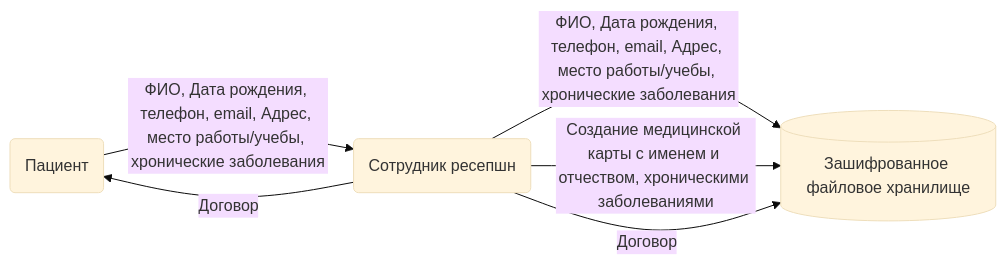
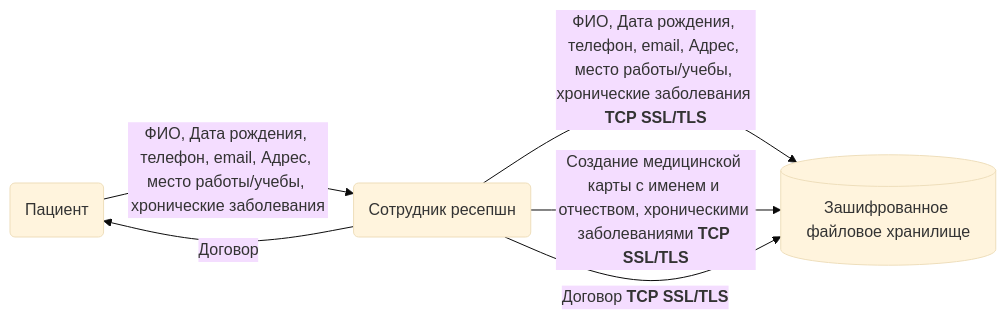
One commit to notnullptr-gh/architechture-sprint-10 changed the first of 5 diagrams in Task1/security-measures.md. Above: the diagram before and after it, drawn with Mermaid (base theme). The commit also changed other lines of this file and 1 other file, not shown here.

````diff
--- a/Task1/security-measures.md
+++ b/Task1/security-measures.md
@@ -3,11 +10,11 @@
 ```mermaid
 graph LR
     Customer(Пациент) 
     Employe(Сотрудник ресепшн)
     DB[(Зашифрованное файловое хранилище)]
     Customer --> |ФИО, Дата рождения, телефон, email, Адрес, место работы/учебы, хронические заболевания| Employe
-    Employe --> |ФИО, Дата рождения, телефон, email, Адрес, место работы/учебы, хронические заболевания| DB
-    Employe --> |Создание медицинской карты с именем и отчеством, хроническими заболеваниями| DB
+    Employe --> |ФИО, Дата рождения, телефон, email, Адрес, место работы/учебы, хронические заболевания <b>TCP SSL/TLS</b>| DB
+    Employe --> |Создание медицинской карты с именем и отчеством, хроническими заболеваниями <b>TCP SSL/TLS</b>| DB
     Employe --> |Договор| Customer
-    Employe --> |Договор| DB
+    Employe --> |Договор <b>TCP SSL/TLS</b>| DB
 ```
````
